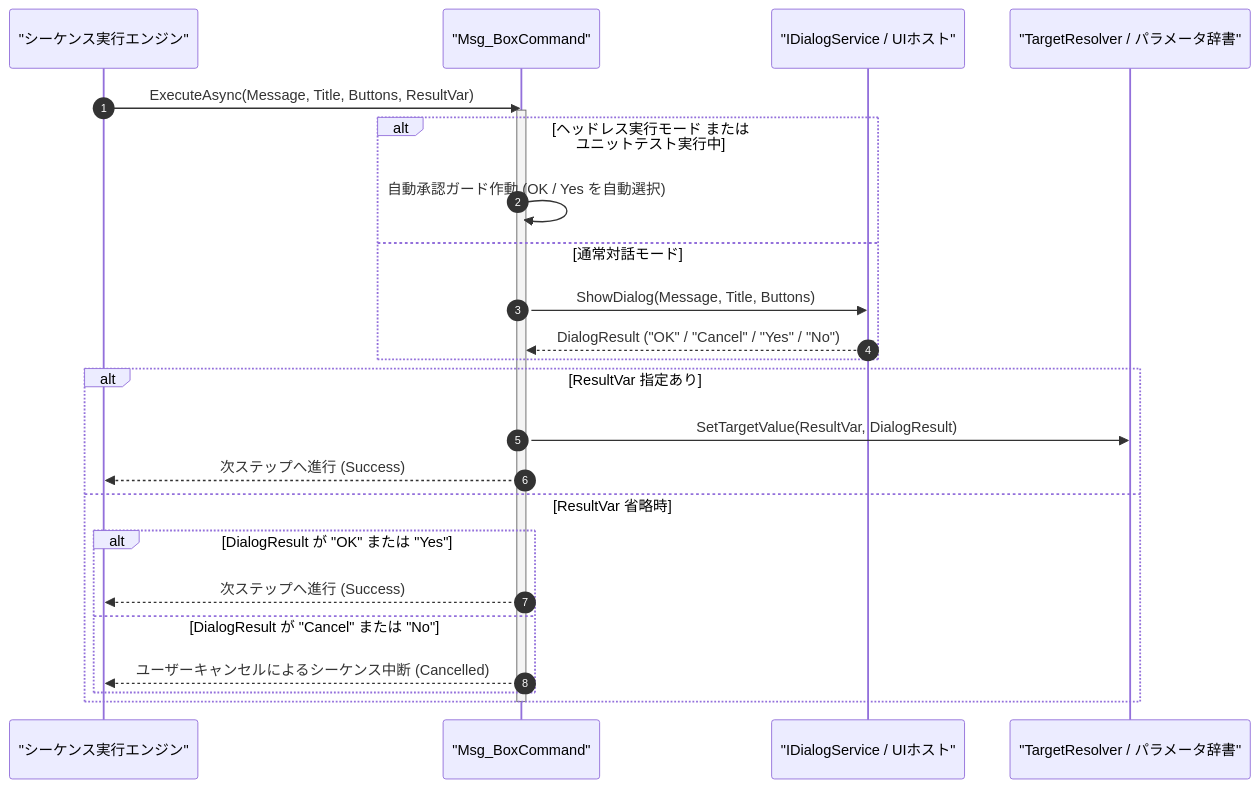
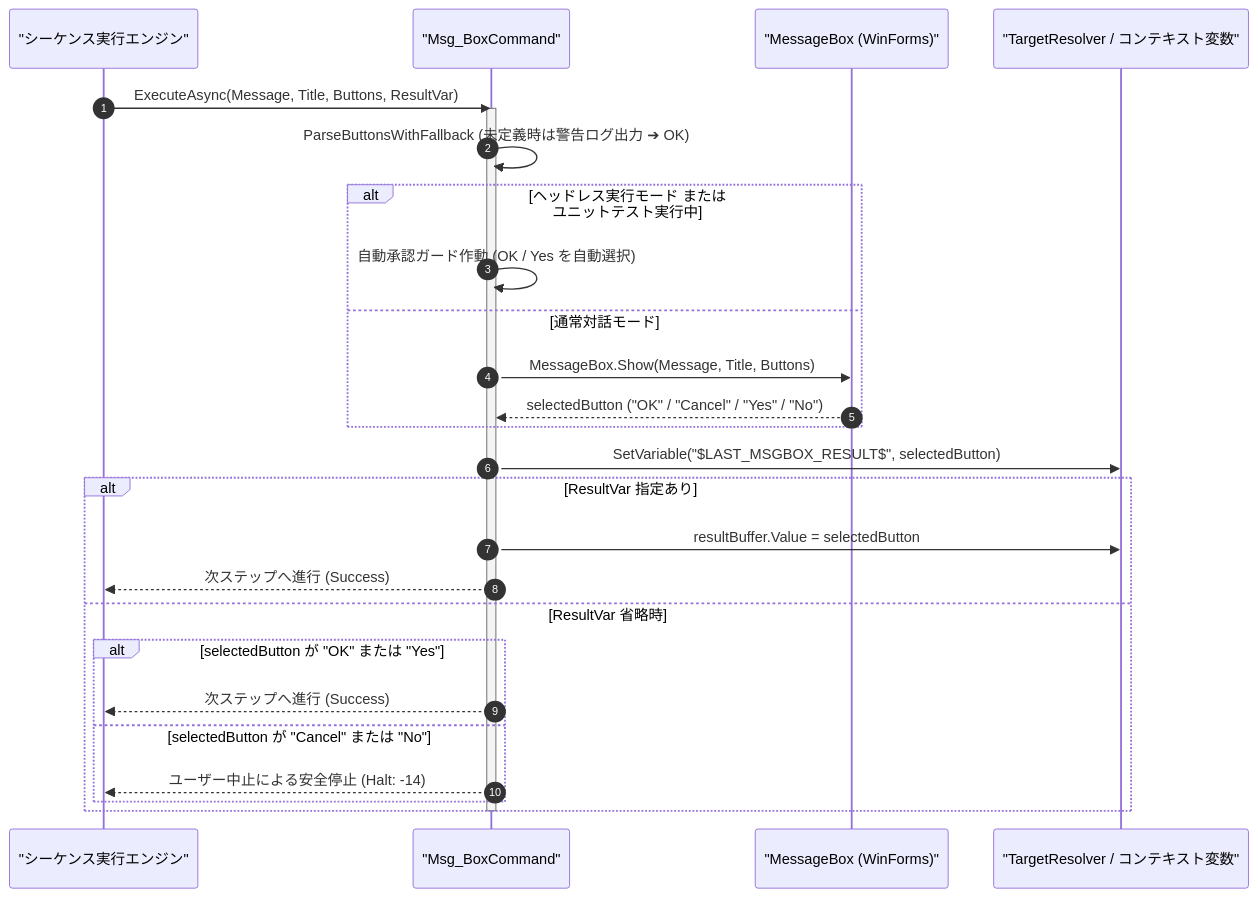
One commit to Monaca-App/TermAddIn changed the diagram in Manual/Core/Sequence/Msg_Box.Md. Above: the diagram before and after it, drawn with Mermaid. The commit also changed other lines of this file and 157 other files, not shown here.

````diff
--- a/Manual/Core/Sequence/Msg_Box.Md
+++ b/Manual/Core/Sequence/Msg_Box.Md
@@ -71,28 +71,30 @@
 ```mermaid
 sequenceDiagram
     autonumber
     participant Engine as "シーケンス実行エンジン"
     participant Cmd as "Msg_BoxCommand"
-    participant UI as "IDialogService / UIホスト"
-    participant Target as "TargetResolver / パラメータ辞書"
+    participant UI as "MessageBox (WinForms)"
+    participant Target as "TargetResolver / コンテキスト変数"
 
     Engine->>Cmd: ExecuteAsync(Message, Title, Buttons, ResultVar)
     activate Cmd
+    Cmd->>Cmd: ParseButtonsWithFallback (未定義時は警告ログ出力 ➔ OK)
     alt ヘッドレス実行モード または ユニットテスト実行中
         Cmd->>Cmd: 自動承認ガード作動 (OK / Yes を自動選択)
     else 通常対話モード
-        Cmd->>UI: ShowDialog(Message, Title, Buttons)
-        UI-->>Cmd: DialogResult ("OK" / "Cancel" / "Yes" / "No")
+        Cmd->>UI: MessageBox.Show(Message, Title, Buttons)
+        UI-->>Cmd: selectedButton ("OK" / "Cancel" / "Yes" / "No")
     end
+    Cmd->>Target: SetVariable("$LAST_MSGBOX_RESULT$", selectedButton)
     alt ResultVar 指定あり
-        Cmd->>Target: SetTargetValue(ResultVar, DialogResult)
+        Cmd->>Target: resultBuffer.Value = selectedButton
         Cmd-->>Engine: 次ステップへ進行 (Success)
     else ResultVar 省略時
-        alt DialogResult が "OK" または "Yes"
+        alt selectedButton が "OK" または "Yes"
             Cmd-->>Engine: 次ステップへ進行 (Success)
-        else DialogResult が "Cancel" または "No"
-            Cmd-->>Engine: ユーザーキャンセルによるシーケンス中断 (Cancelled)
+        else selectedButton が "Cancel" または "No"
+            Cmd-->>Engine: ユーザー中止による安全停止 (Halt: -14)
         end
     end
     deactivate Cmd
 ```
````
